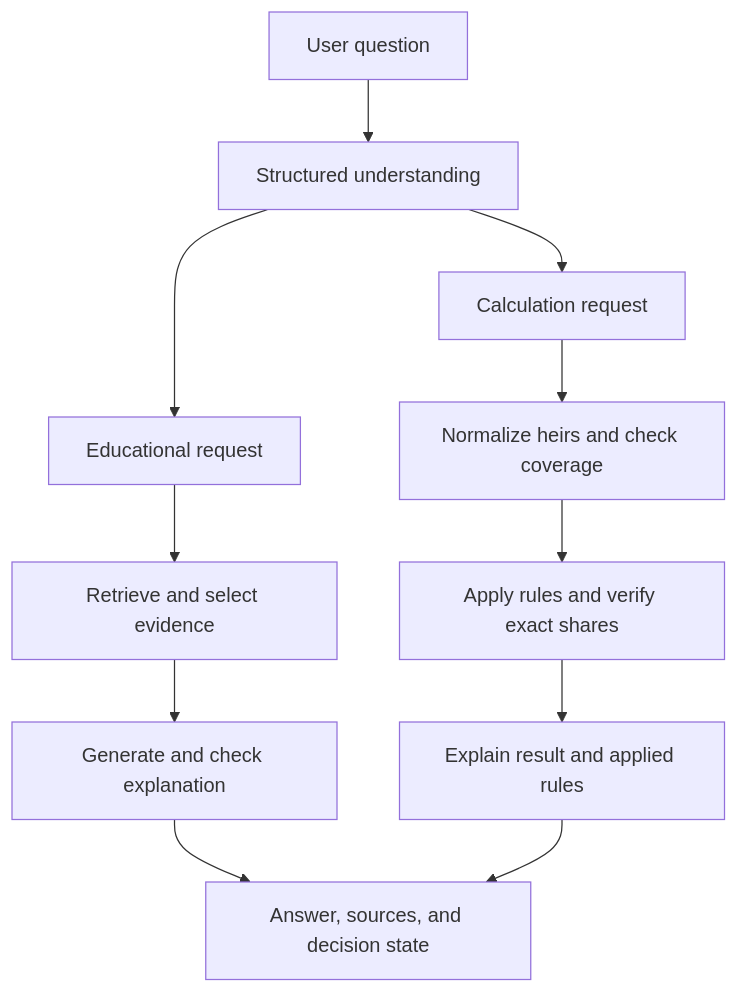
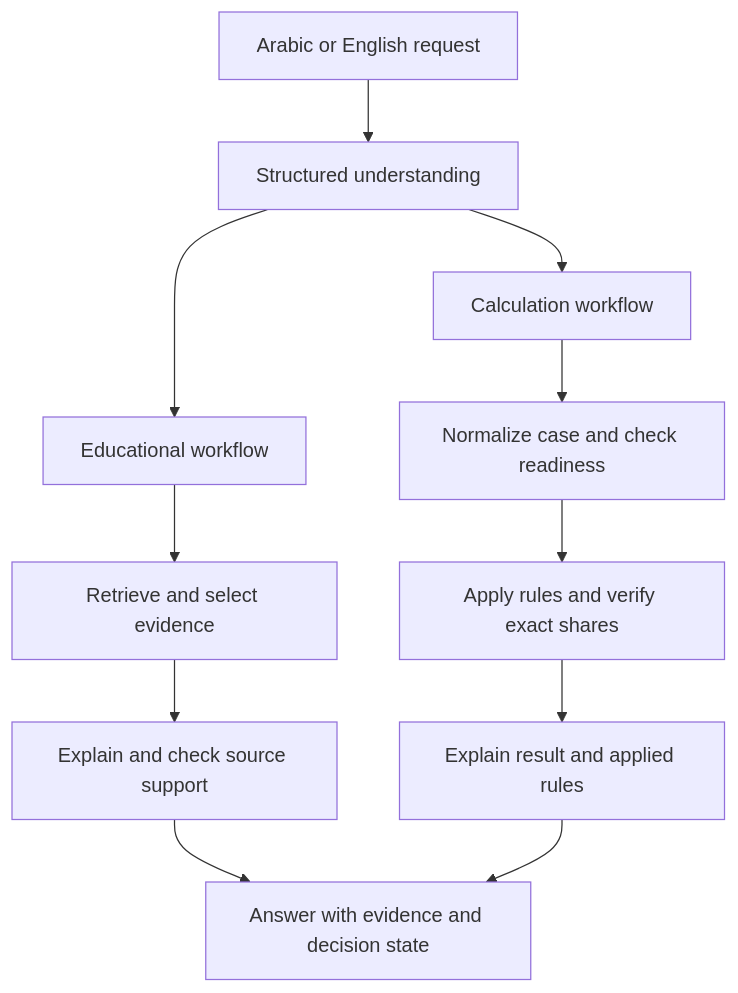
Before and after one commit to xAGS1/mawarith-ai: the diagram in README.md, drawn with Mermaid. The commit also changed other lines of this file, not shown here.

````diff
--- a/README.md
+++ b/README.md
@@ -219,13 +38,13 @@
 ```mermaid
 flowchart TD
-    A[User question] --> B[Structured understanding]
-    B --> C[Educational request]
-    B --> D[Calculation request]
+    A[Arabic or English request] --> B[Structured understanding]
+    B --> C[Educational workflow]
+    B --> D[Calculation workflow]
     C --> E[Retrieve and select evidence]
-    E --> F[Generate and check explanation]
-    D --> G[Normalize heirs and check coverage]
+    E --> F[Explain and check source support]
+    D --> G[Normalize case and check readiness]
     G --> H[Apply rules and verify exact shares]
     H --> I[Explain result and applied rules]
-    F --> J[Answer, sources, and decision state]
+    F --> J[Answer with evidence and decision state]
     I --> J
 ```
````
